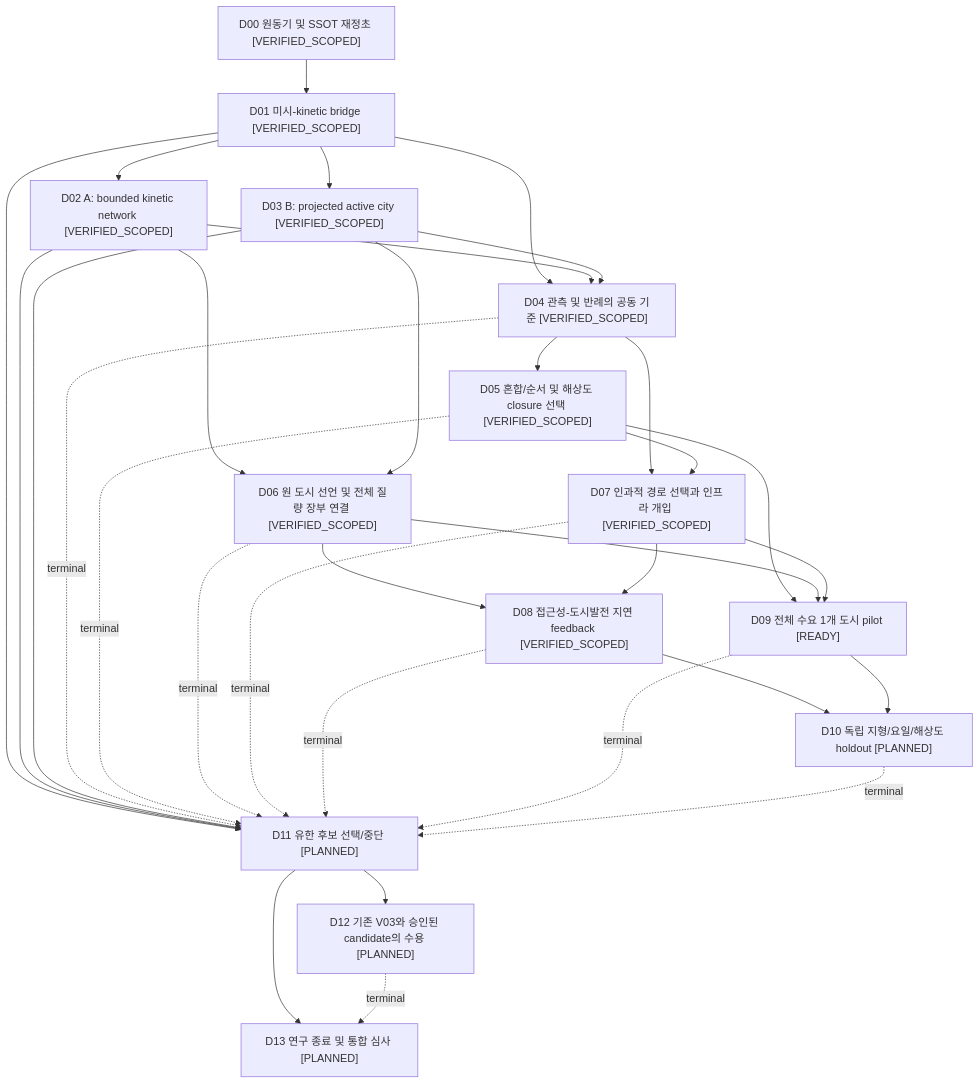
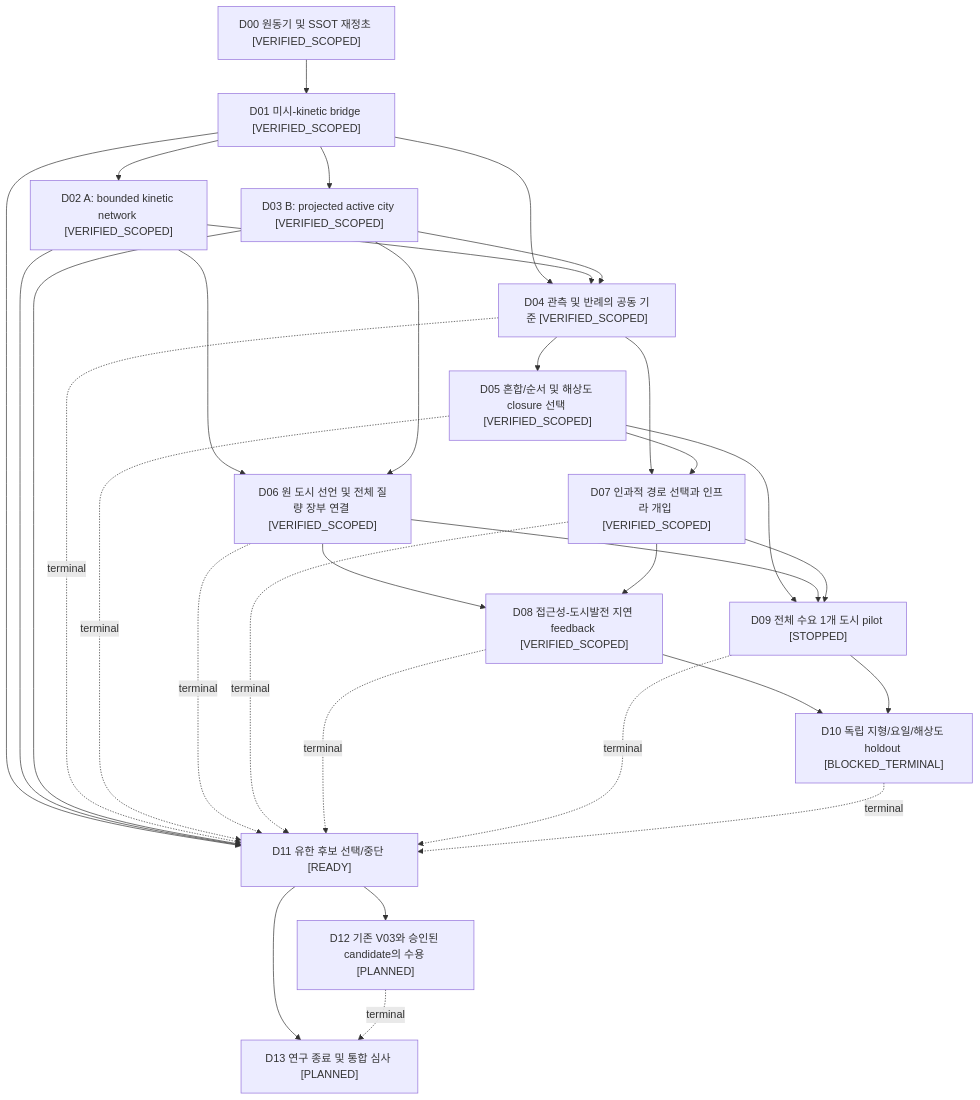
The diagram in docs/akm/DAG.mmd (cosmosapjw-quantum/urban_traffic_demo), drawn with Mermaid before and after one commit. The commit also changed 9 other files, not shown here.

```diff
--- a/docs/akm/DAG.mmd
+++ b/docs/akm/DAG.mmd
@@ -1,46 +1,46 @@
 flowchart TD
   D00["D00 원동기 및 SSOT 재정초 [VERIFIED_SCOPED]"]
   D01["D01 미시-kinetic bridge [VERIFIED_SCOPED]"]
   D00 --> D01
   D02["D02 A: bounded kinetic network [VERIFIED_SCOPED]"]
   D01 --> D02
   D03["D03 B: projected active city [VERIFIED_SCOPED]"]
   D01 --> D03
   D04["D04 관측 및 반례의 공동 기준 [VERIFIED_SCOPED]"]
   D01 --> D04
   D02 --> D04
   D03 --> D04
   D05["D05 혼합/순서 및 해상도 closure 선택 [VERIFIED_SCOPED]"]
   D04 --> D05
   D06["D06 원 도시 선언 및 전체 질량 장부 연결 [VERIFIED_SCOPED]"]
   D02 --> D06
   D03 --> D06
   D07["D07 인과적 경로 선택과 인프라 개입 [VERIFIED_SCOPED]"]
   D04 --> D07
   D05 --> D07
   D08["D08 접근성-도시발전 지연 feedback [VERIFIED_SCOPED]"]
   D06 --> D08
   D07 --> D08
-  D09["D09 전체 수요 1개 도시 pilot [READY]"]
+  D09["D09 전체 수요 1개 도시 pilot [STOPPED]"]
   D05 --> D09
   D06 --> D09
   D07 --> D09
-  D10["D10 독립 지형/요일/해상도 holdout [PLANNED]"]
+  D10["D10 독립 지형/요일/해상도 holdout [BLOCKED_TERMINAL]"]
   D08 --> D10
   D09 --> D10
-  D11["D11 유한 후보 선택/중단 [PLANNED]"]
+  D11["D11 유한 후보 선택/중단 [READY]"]
   D01 --> D11
   D02 --> D11
   D03 --> D11
   D04 -. terminal .-> D11
   D05 -. terminal .-> D11
   D06 -. terminal .-> D11
   D07 -. terminal .-> D11
   D08 -. terminal .-> D11
   D09 -. terminal .-> D11
   D10 -. terminal .-> D11
   D12["D12 기존 V03와 승인된 candidate의 수용 [PLANNED]"]
   D11 --> D12
   D13["D13 연구 종료 및 통합 심사 [PLANNED]"]
   D11 --> D13
   D12 -. terminal .-> D13
```
